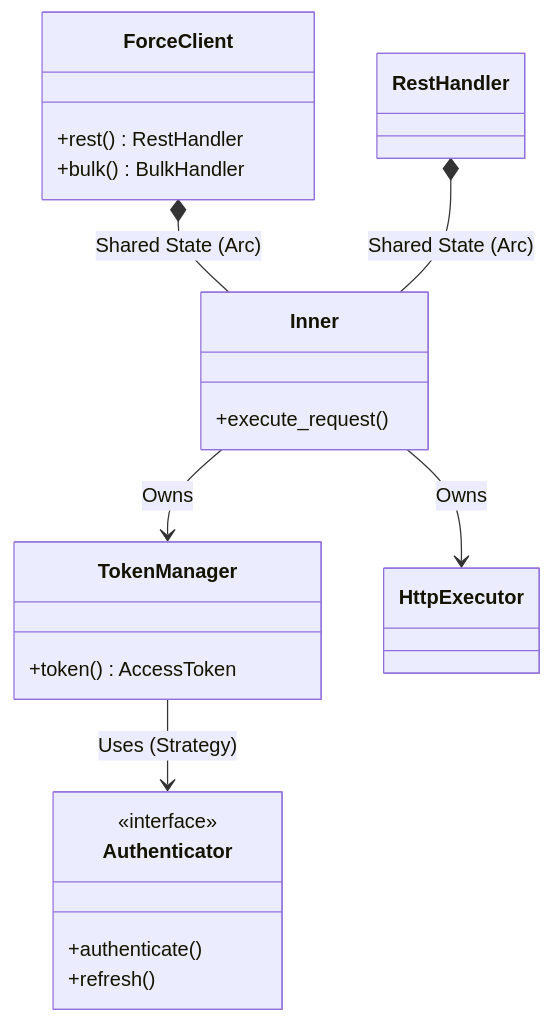
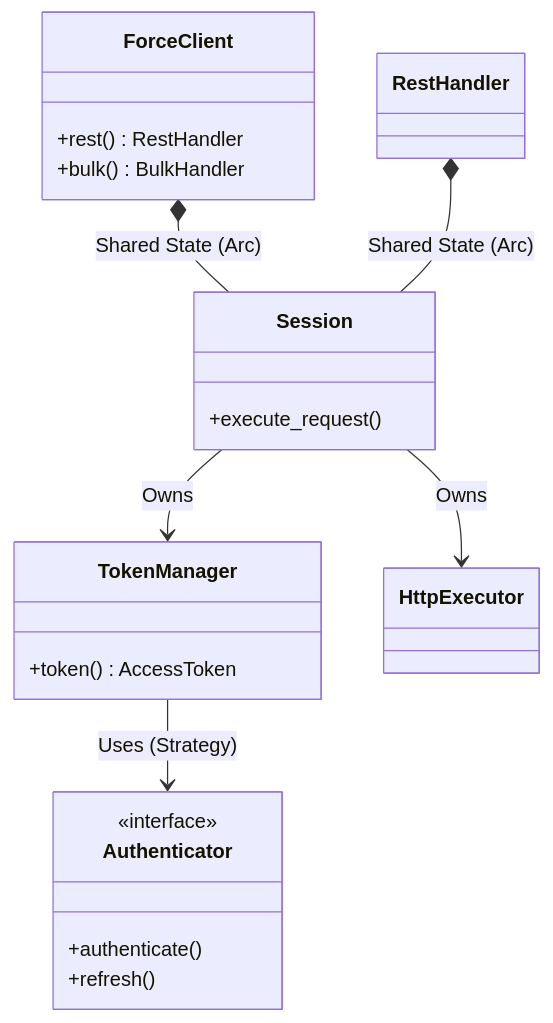
The third of 7 diagrams in docs/architecture.md (madmax983/force-rs), drawn with Mermaid before and after one commit. The commit also changed other lines of this file and 9 other files, not shown here.

First line of the commit message:
feat: Remove experimental features and update architecture docs

````diff
--- a/docs/architecture.md
+++ b/docs/architecture.md
@@ -47,25 +45,25 @@
 ```mermaid
 classDiagram
   class ForceClient {
     +rest() RestHandler
     +bulk() BulkHandler
   }
-  class Inner {
+  class Session {
     +execute_request()
   }
   class TokenManager {
     +token() AccessToken
   }
   class Authenticator {
     <<interface>>
     +authenticate()
     +refresh()
   }
   class RestHandler
 
-  ForceClient *-- Inner : Shared State (Arc)
-  RestHandler *-- Inner : Shared State (Arc)
-  Inner --> TokenManager : Owns
-  Inner --> HttpExecutor : Owns
+  ForceClient *-- Session : Shared State (Arc)
+  RestHandler *-- Session : Shared State (Arc)
+  Session --> TokenManager : Owns
+  Session --> HttpExecutor : Owns
   TokenManager --> Authenticator : Uses (Strategy)
 ```
````
